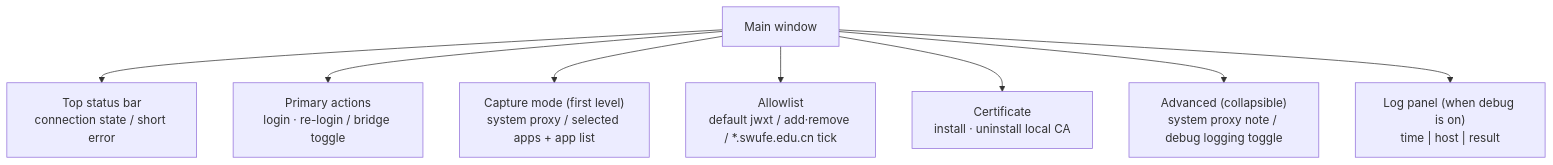
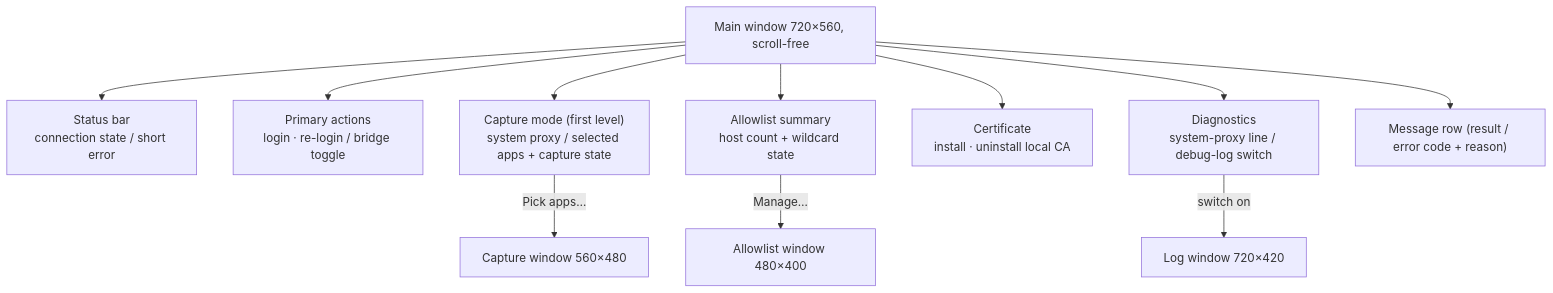
Before and after one commit to cherrchen/swufe-webvpn-codec: the diagram in docs/ui-ux/main-window.en.md, drawn with Mermaid. The commit also changed other lines of this file and 39 other files, not shown here.

````diff
--- a/docs/ui-ux/main-window.en.md
+++ b/docs/ui-ux/main-window.en.md
@@ -17,10 +25,13 @@
 ```mermaid
 flowchart TD
-    W["Main window"] --> S["Top status bar<br/>connection state / short error"]
+    W["Main window 720×560, scroll-free"] --> S["Status bar<br/>connection state / short error"]
     W --> M["Primary actions<br/>login · re-login / bridge toggle"]
-    W --> CM["Capture mode (first level)<br/>system proxy / selected apps + app list"]
-    W --> A["Allowlist<br/>default jwxt / add·remove / *.swufe.edu.cn tick"]
+    W --> CM["Capture mode (first level)<br/>system proxy / selected apps + capture state"]
+    CM -->|"Pick apps…"| CAP["Capture window 560×480"]
+    W --> A["Allowlist summary<br/>host count + wildcard state"]
+    A -->|"Manage…"| AL["Allowlist window 480×400"]
     W --> C["Certificate<br/>install · uninstall local CA"]
-    W --> D["Advanced (collapsible)<br/>system proxy note / debug logging toggle"]
-    W --> L["Log panel (when debug is on)<br/>time | host | result"]
+    W --> D["Diagnostics<br/>system-proxy line / debug-log switch"]
+    D -->|"switch on"| LOG["Log window 720×420"]
+    W --> MSG["Message row (result / error code + reason)"]
 ```
````
